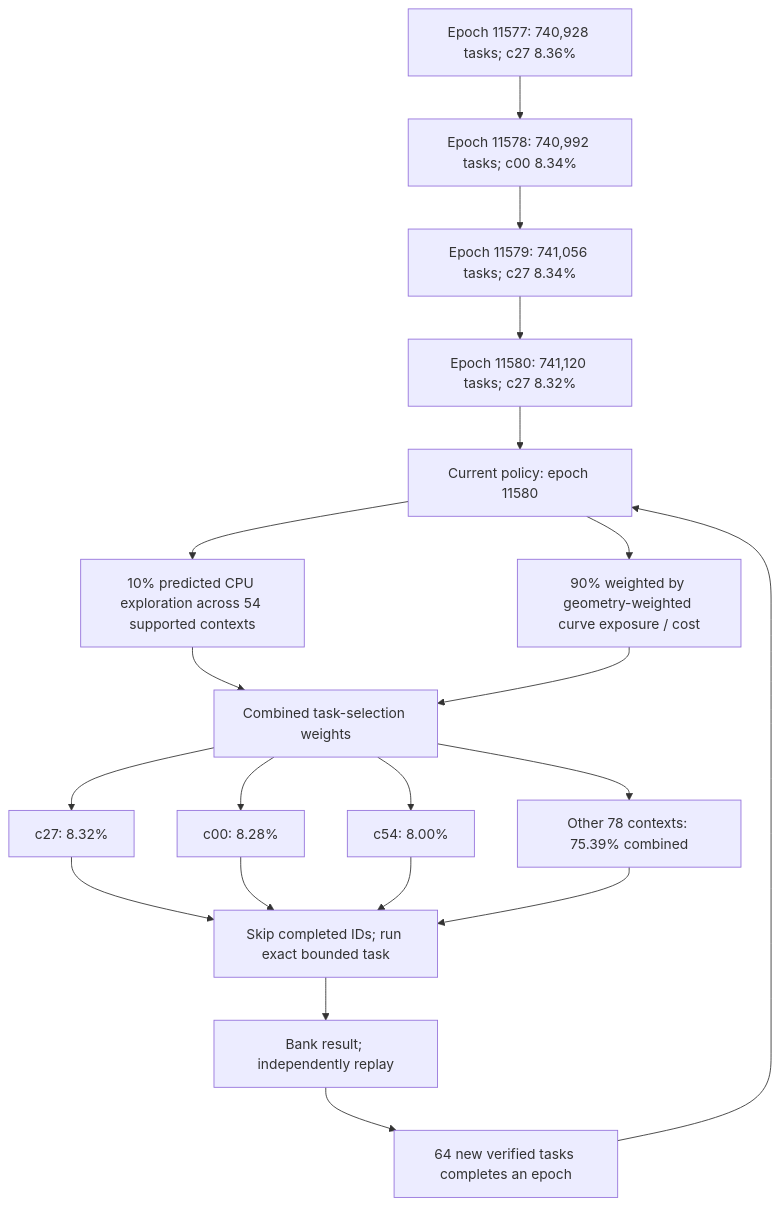
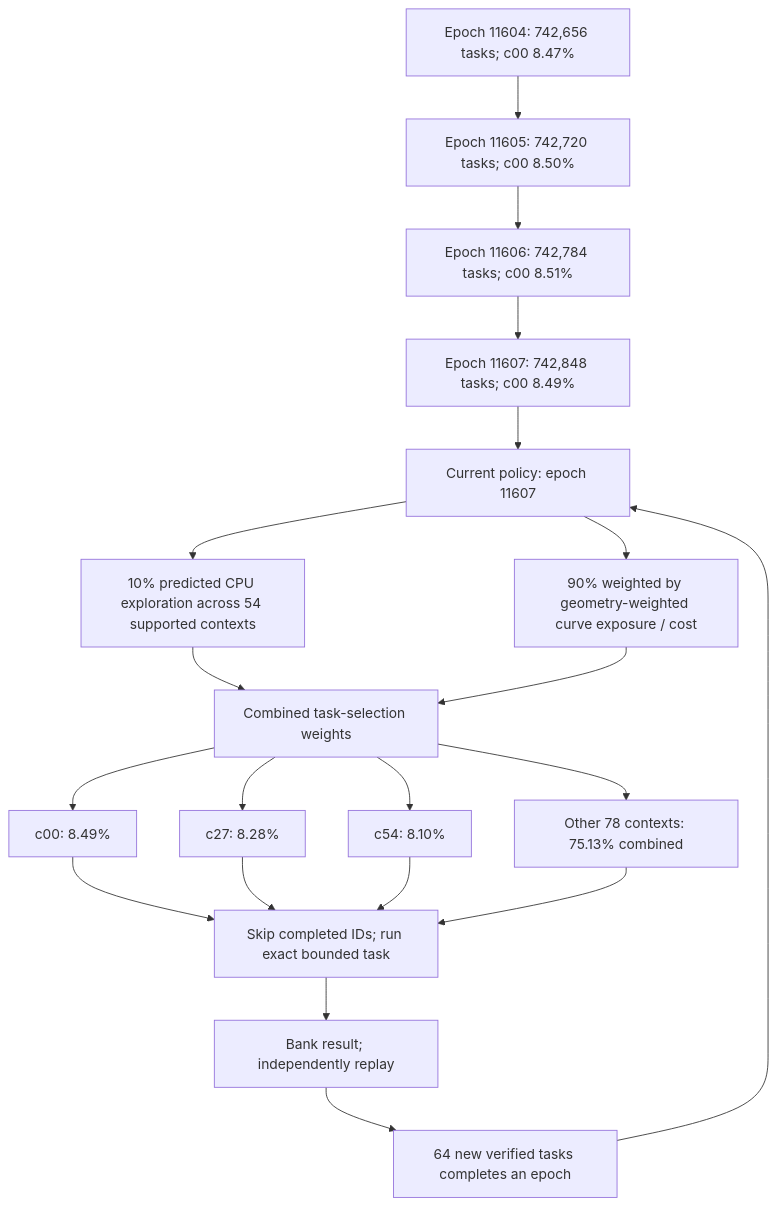
One commit to Kuberwastaken/math-gambling changed the first of 4 diagrams in README.md. Above: the diagram before and after it, drawn with Mermaid. The commit also changed other lines of this file and 6038 other files, not shown here.

````diff
--- a/README.md
+++ b/README.md
@@ -60,27 +60,27 @@
 ```mermaid
 flowchart TD
-    H0["Epoch 11577: 740,928 tasks; c27 8.36%"]
-    H1["Epoch 11578: 740,992 tasks; c00 8.34%"]
+    H0["Epoch 11604: 742,656 tasks; c00 8.47%"]
+    H1["Epoch 11605: 742,720 tasks; c00 8.50%"]
     H0 --> H1
-    H2["Epoch 11579: 741,056 tasks; c27 8.34%"]
+    H2["Epoch 11606: 742,784 tasks; c00 8.51%"]
     H1 --> H2
-    H3["Epoch 11580: 741,120 tasks; c27 8.32%"]
+    H3["Epoch 11607: 742,848 tasks; c00 8.49%"]
     H2 --> H3
-    Policy["Current policy: epoch 11580"]
+    Policy["Current policy: epoch 11607"]
     H3 --> Policy
     Policy --> Explore["10% predicted CPU exploration across 54 supported contexts"]
     Policy --> Cost["90% weighted by geometry-weighted curve exposure / cost"]
     Explore --> Mix["Combined task-selection weights"]
     Cost --> Mix
-    Mix --> C0["c27: 8.32%"]
-    Mix --> C1["c00: 8.28%"]
-    Mix --> C2["c54: 8.00%"]
-    Mix --> Rest["Other 78 contexts: 75.39% combined"]
+    Mix --> C0["c00: 8.49%"]
+    Mix --> C1["c27: 8.28%"]
+    Mix --> C2["c54: 8.10%"]
+    Mix --> Rest["Other 78 contexts: 75.13% combined"]
     C0 --> Check["Skip completed IDs; run exact bounded task"]
     C1 --> Check
     C2 --> Check
     Rest --> Check
     Check --> Replay["Bank result; independently replay"]
     Replay --> Gate["64 new verified tasks completes an epoch"]
     Gate --> Policy
 ```
````
